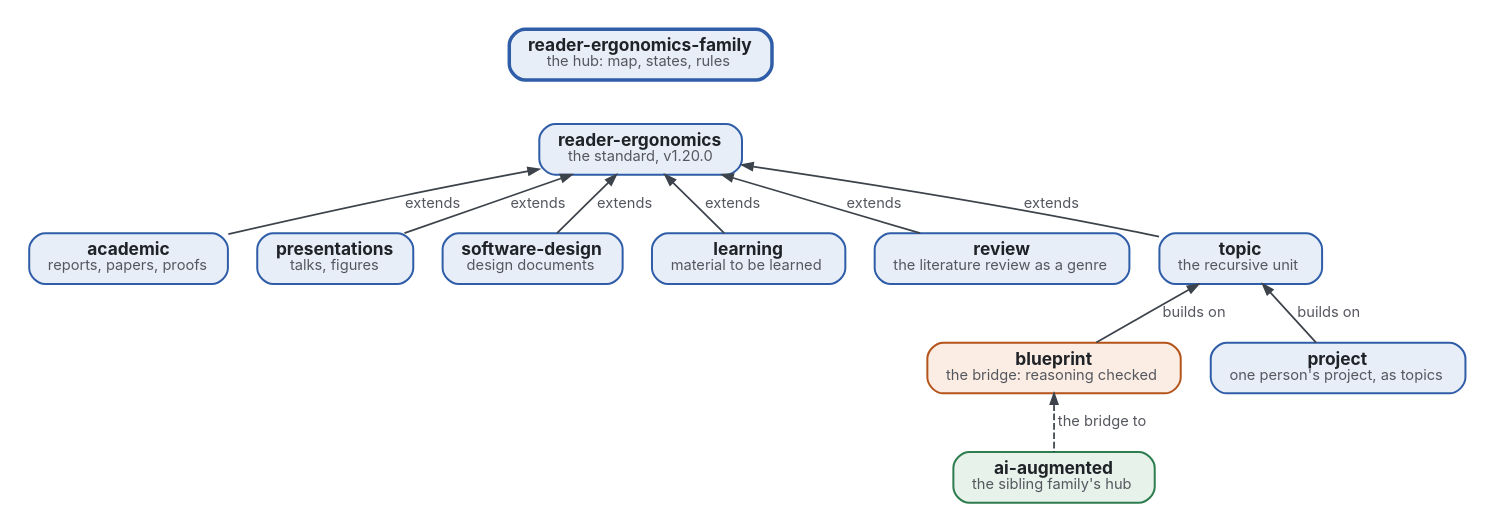
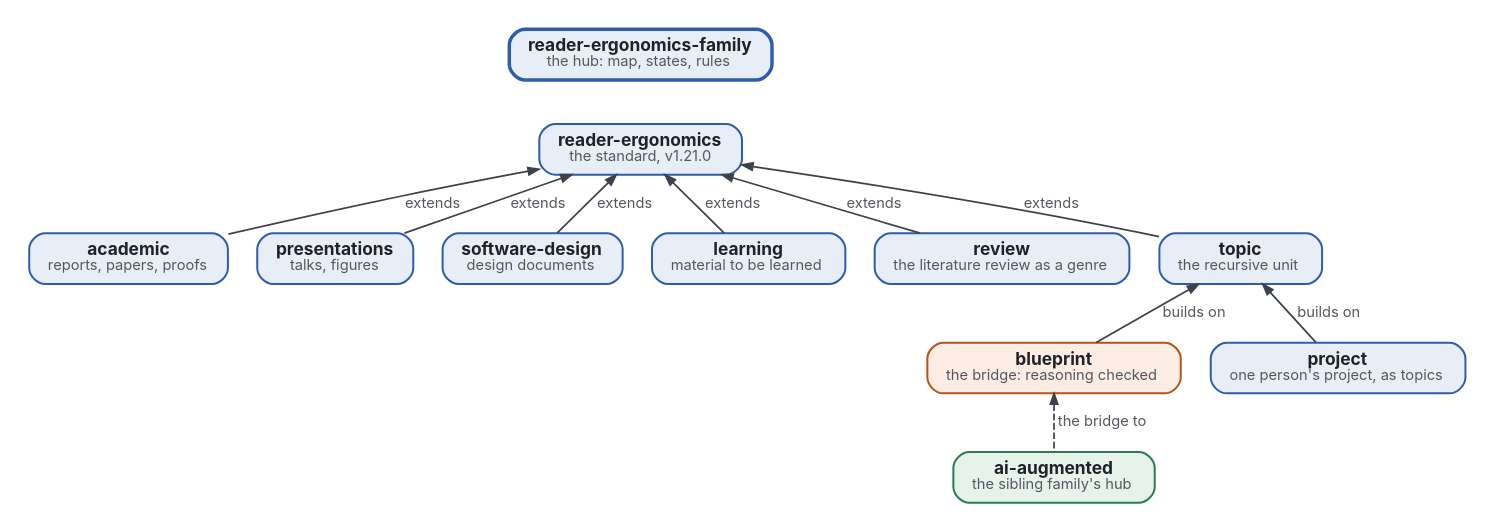
One commit to Tewf/reader-ergonomics-family changed the diagram in map.dot. Above: the diagram before and after it, drawn with Graphviz. The commit also changed 17 other files, not shown here.

First line of the commit message:
Pin reader-ergonomics v1.21.0

```diff
--- a/map.dot
+++ b/map.dot
@@ -1,30 +1,30 @@
 // The map of the reader-ergonomics family. Colours: the family blue, the sibling family green, the bridge orange,
 // each kind named in its box; this page, the hub, has the thick border and nothing points to it.
 digraph map {
   graph [rankdir=TB, nodesep=0.3, ranksep=0.45, bgcolor="white", pad=0.2, fontname="Inter", newrank=true];
   node  [shape=box, style="rounded,filled", fontname="Inter", fontsize=13, margin="0.2,0.1", penwidth=1.5, fontcolor="#1F2328"];
   edge  [fontname="Inter", fontsize=11, color="#3D434B", fontcolor="#55575F", penwidth=1.3, arrowsize=0.8];
   HUB [label=<<b>reader-ergonomics-family</b><br/><font point-size="11" color="#55575F">the hub: map, states, rules</font>>, fillcolor="#E8EEF8", color="#2F5DA8", penwidth=2.6];
-  RE [label=<<b>reader-ergonomics</b><br/><font point-size="11" color="#55575F">the standard, v1.20.0</font>>, fillcolor="#E8EEF8", color="#2F5DA8"];
+  RE [label=<<b>reader-ergonomics</b><br/><font point-size="11" color="#55575F">the standard, v1.21.0</font>>, fillcolor="#E8EEF8", color="#2F5DA8"];
   AC [label=<<b>academic</b><br/><font point-size="11" color="#55575F">reports, papers, proofs</font>>, fillcolor="#E8EEF8", color="#2F5DA8"];
   PR [label=<<b>presentations</b><br/><font point-size="11" color="#55575F">talks, figures</font>>, fillcolor="#E8EEF8", color="#2F5DA8"];
   SD [label=<<b>software-design</b><br/><font point-size="11" color="#55575F">design documents</font>>, fillcolor="#E8EEF8", color="#2F5DA8"];
   LE [label=<<b>learning</b><br/><font point-size="11" color="#55575F">material to be learned</font>>, fillcolor="#E8EEF8", color="#2F5DA8"];
   RV [label=<<b>review</b><br/><font point-size="11" color="#55575F">the literature review as a genre</font>>, fillcolor="#E8EEF8", color="#2F5DA8"];
   T  [label=<<b>topic</b><br/><font point-size="11" color="#55575F">the recursive unit</font>>, fillcolor="#E8EEF8", color="#2F5DA8"];
   BP [label=<<b>blueprint</b><br/><font point-size="11" color="#55575F">the bridge: reasoning checked</font>>, fillcolor="#FBEDE4", color="#B4541A"];
   P  [label=<<b>project</b><br/><font point-size="11" color="#55575F">one person's project, as topics</font>>, fillcolor="#E8EEF8", color="#2F5DA8"];
   AI [label=<<b>ai-augmented</b><br/><font point-size="11" color="#55575F">the sibling family's hub</font>>, fillcolor="#E6F2EA", color="#2E7D4F"];
   HUB -> RE [style=invis];
   RE -> AC [dir=back, label=" extends"];
   RE -> PR [dir=back, label=" extends"];
   RE -> SD [dir=back, label=" extends"];
   RE -> LE [dir=back, label=" extends"];
   RE -> T [dir=back, label=" extends"];
   RE -> RV [dir=back, label=" extends"];
   T -> BP [dir=back, label=" builds on"];
   T -> P [dir=back, label=" builds on"];
   BP -> AI [dir=back, style=dashed, label=" the bridge to"];
   {rank=same; AC; PR; SD; LE; T; RV}
   {rank=same; BP; P}
 }
```
